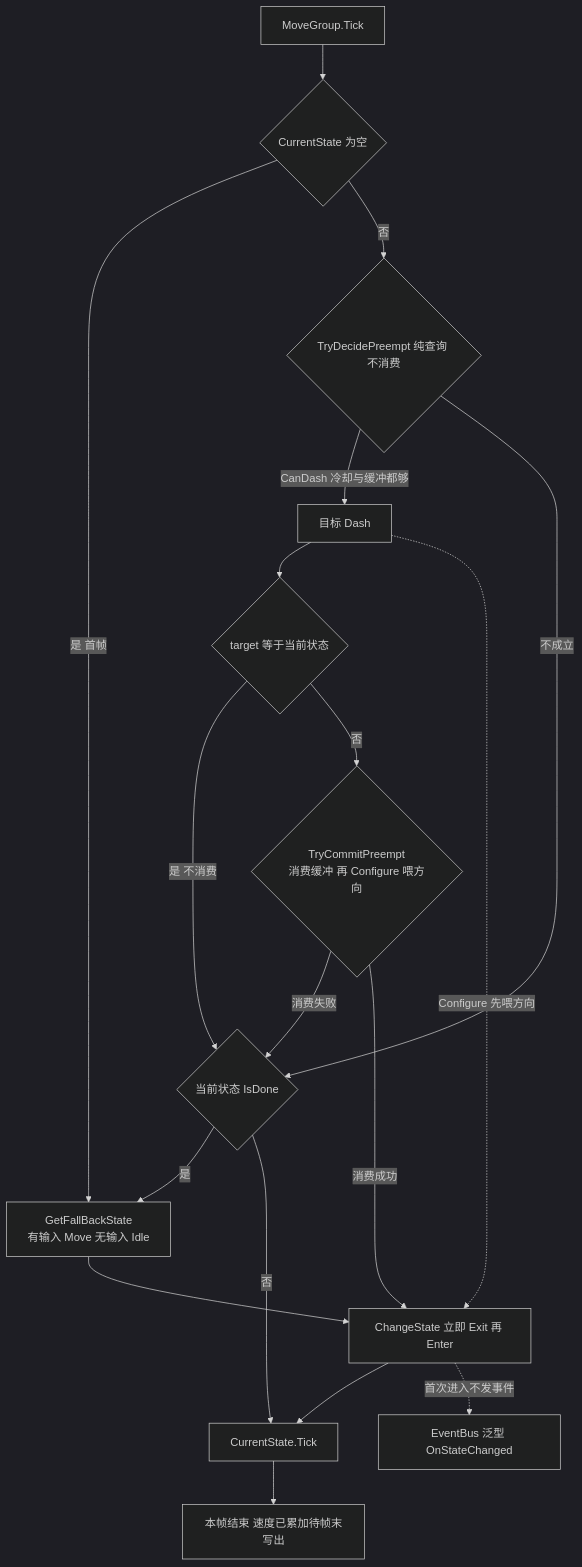
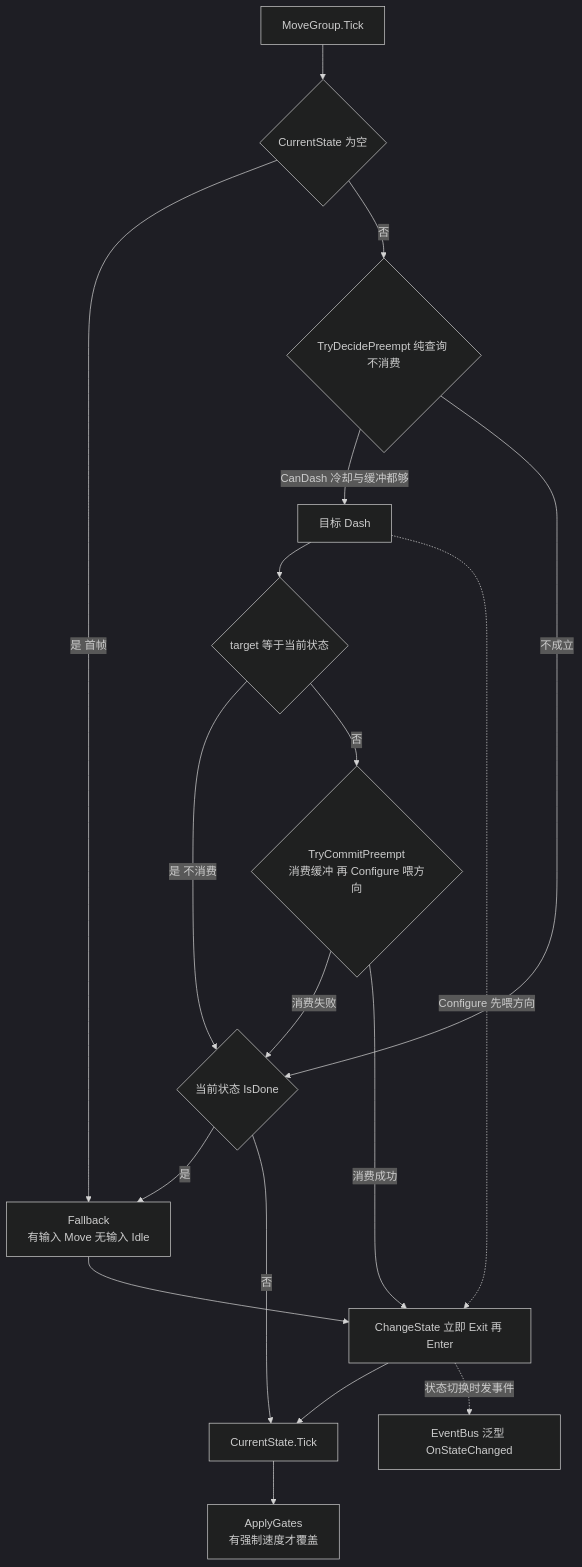
The tenth of 16 diagrams in Docs/框架设计/架构图集.md (5FYZhou/deepseaoil), drawn with Mermaid (dark theme) before and after one commit. The commit also changed other lines of this file and 13 other files, not shown here.

````diff
--- a/Docs/框架设计/架构图集.md
+++ b/Docs/框架设计/架构图集.md
@@ -428,20 +520,20 @@
 ```mermaid
 flowchart TD
   T["MoveGroup.Tick"] --> C{"CurrentState 为空"}
-  C -->|"是 首帧"| FB["GetFallBackState<br/>有输入 Move 无输入 Idle"]
+  C -->|"是 首帧"| FB["Fallback<br/>有输入 Move 无输入 Idle"]
   C -->|"否"| P1{"TryDecidePreempt 纯查询 不消费"}
   P1 -->|"CanDash 冷却与缓冲都够"| DG["目标 Dash"]
   P1 -->|"不成立"| DONE{"当前状态 IsDone"}
   DG --> EQ{"target 等于当前状态"}
   EQ -->|"是 不消费"| DONE
   EQ -->|"否"| CM{"TryCommitPreempt<br/>消费缓冲 再 Configure 喂方向"}
   CM -->|"消费失败"| DONE
   CM -->|"消费成功"| CH["ChangeState 立即 Exit 再 Enter"]
   DONE -->|"是"| FB
   DONE -->|"否"| TK["CurrentState.Tick"]
   FB --> CH
   CH --> TK
-  TK --> OUT["本帧结束 速度已累加待帧末写出"]
+  TK --> OUT["ApplyGates<br/>有强制速度才覆盖"]
   DG -.->|"Configure 先喂方向"| CH
-  CH -.->|"首次进入不发事件"| EVT["EventBus 泛型 OnStateChanged"]
+  CH -.->|"状态切换时发事件"| EVT["EventBus 泛型 OnStateChanged"]
 ```
````
